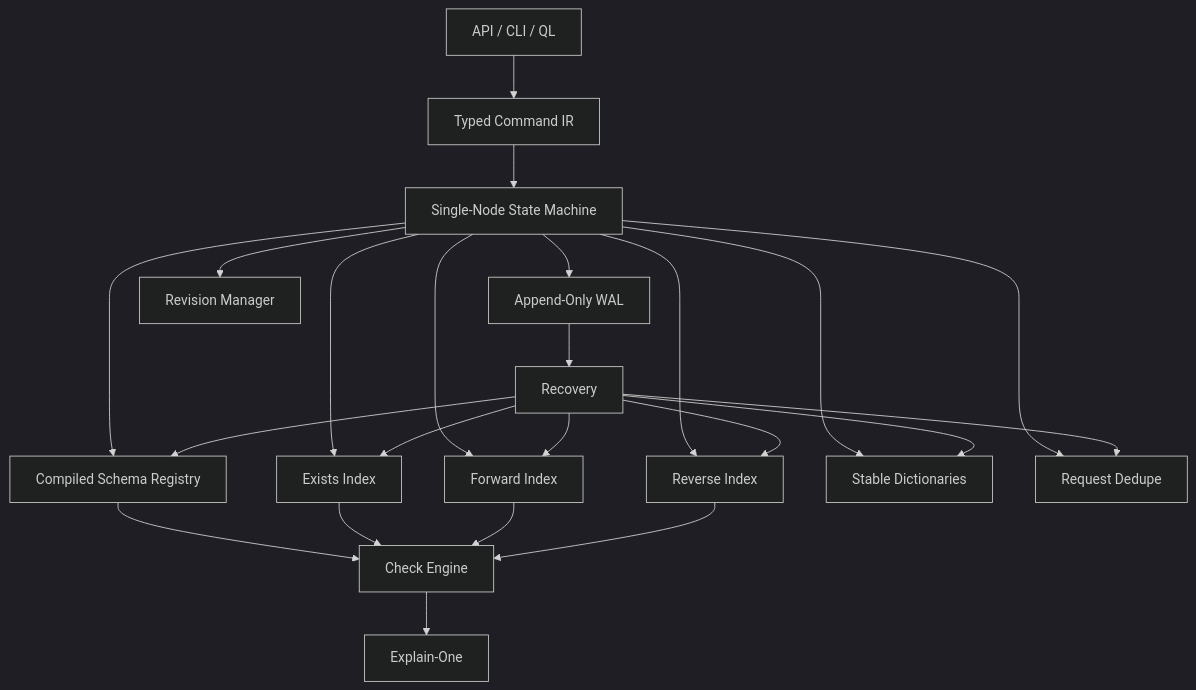
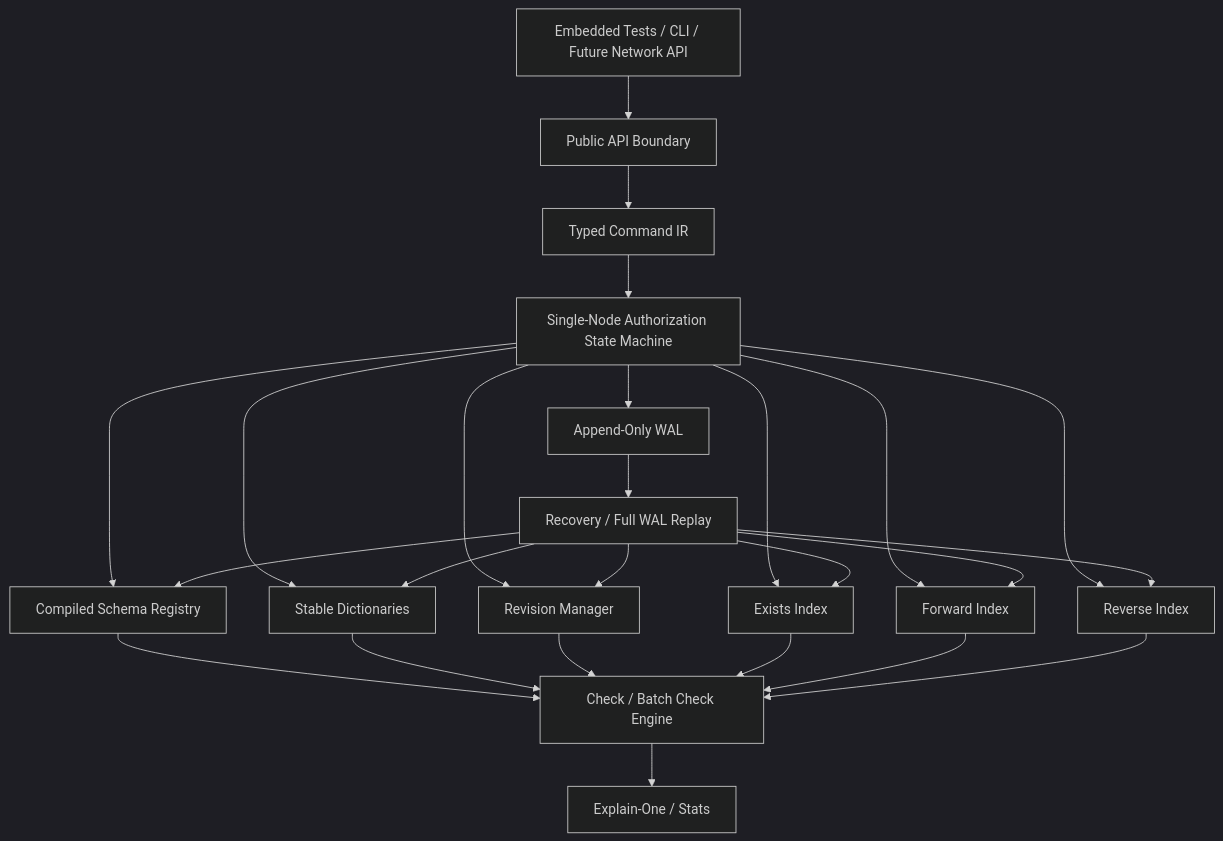
Before and after one commit to maneki-technology/veriqik: the diagram in docs/plans/MVP1.md, drawn with Mermaid (dark theme). The commit also changed other lines of this file and 5 other files, not shown here.

````diff
--- a/docs/plans/MVP1.md
+++ b/docs/plans/MVP1.md
@@ -105,29 +105,31 @@
 ```mermaid
 flowchart TD
-    API[API / CLI / QL] --> Command[Typed Command IR]
-    Command --> Engine[Single-Node State Machine]
+    Client[Embedded Tests / CLI / Future Network API] --> API[Public API Boundary]
+    API --> Command[Typed Command IR]
+    Command --> Engine[Single-Node Authorization State Machine]
 
     Engine --> WAL[Append-Only WAL]
     Engine --> Revision[Revision Manager]
     Engine --> Schema[Compiled Schema Registry]
+    Engine --> Dictionary[Stable Dictionaries]
     Engine --> Exists[Exists Index]
     Engine --> Forward[Forward Index]
     Engine --> Reverse[Reverse Index]
-    Engine --> Dictionary[Stable Dictionaries]
-    Engine --> Dedupe[Request Dedupe]
 
-    WAL --> Recovery[Recovery]
+    WAL --> Recovery[Recovery / Full WAL Replay]
+    Recovery --> Revision
+    Recovery --> Schema
+    Recovery --> Dictionary
     Recovery --> Exists
     Recovery --> Forward
     Recovery --> Reverse
-    Recovery --> Schema
-    Recovery --> Dictionary
-    Recovery --> Dedupe
 
-    Schema --> Check[Check Engine]
+    Schema --> Check[Check / Batch Check Engine]
+    Dictionary --> Check
+    Revision --> Check
     Exists --> Check
     Forward --> Check
     Reverse --> Check
 
-    Check --> Explain[Explain-One]
+    Check --> Explain[Explain-One / Stats]
 ```
````
